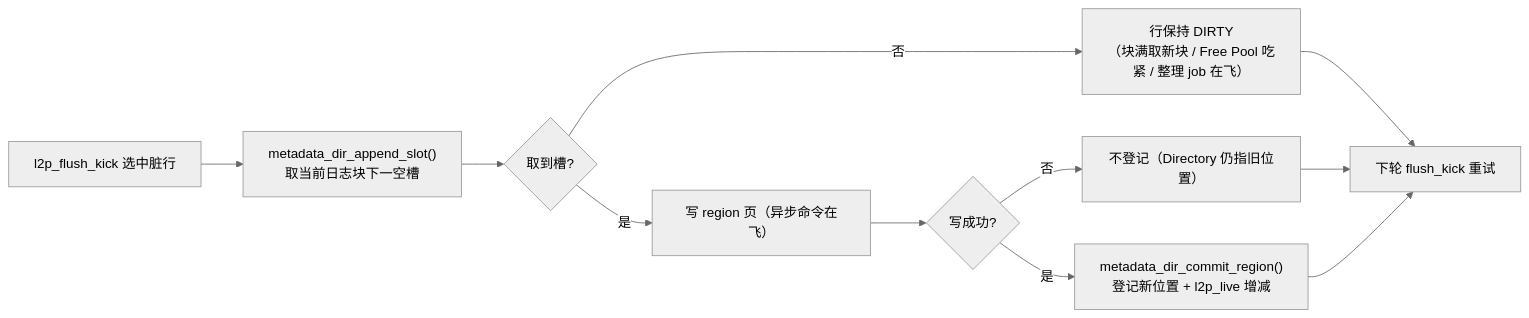
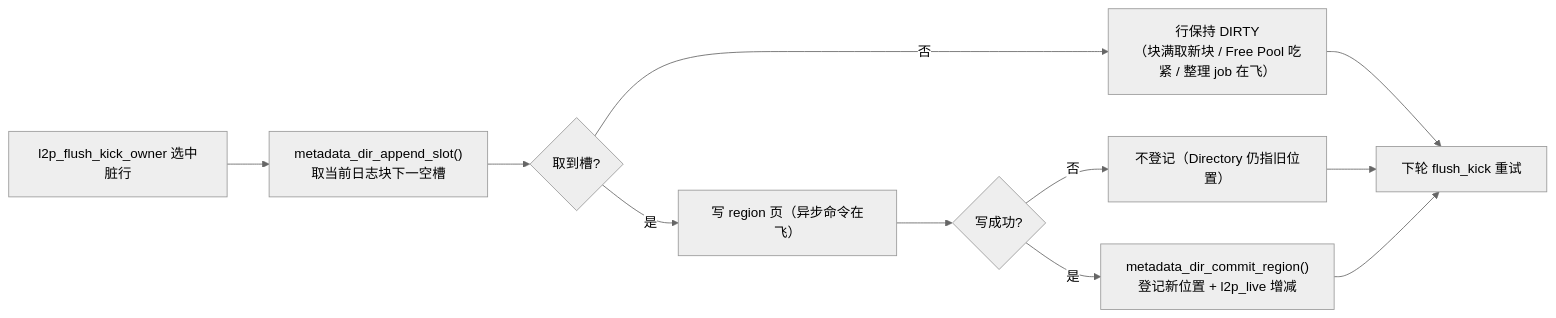
Before and after one commit to YzYMIAO/BASESSD: the eighth of 17 diagrams in docs/design/ftl_design.md, drawn with Mermaid (neutral theme). The commit also changed other lines of this file and 50 other files, not shown here.

````diff
--- a/docs/design/ftl_design.md
+++ b/docs/design/ftl_design.md
@@ -1912,13 +1921,13 @@
 ```mermaid
 flowchart LR
-    A["l2p_flush_kick 选中脏行"] --> B["metadata_dir_append_slot()\n取当前日志块下一空槽"]
+    A["l2p_flush_kick_owner 选中脏行"] --> B["metadata_dir_append_slot()\n取当前日志块下一空槽"]
     B --> C{"取到槽?"}
     C -- 否 --> D["行保持 DIRTY\n（块满取新块 / Free Pool 吃紧 / 整理 job 在飞）"]
     C -- 是 --> E["写 region 页（异步命令在飞）"]
     E --> F{"写成功?"}
     F -- 否 --> G["不登记（Directory 仍指旧位置）"]
     F -- 是 --> H["metadata_dir_commit_region()\n登记新位置 + l2p_live 增减"]
     D --> I["下轮 flush_kick 重试"]
     G --> I
     H --> I
 ```
````
